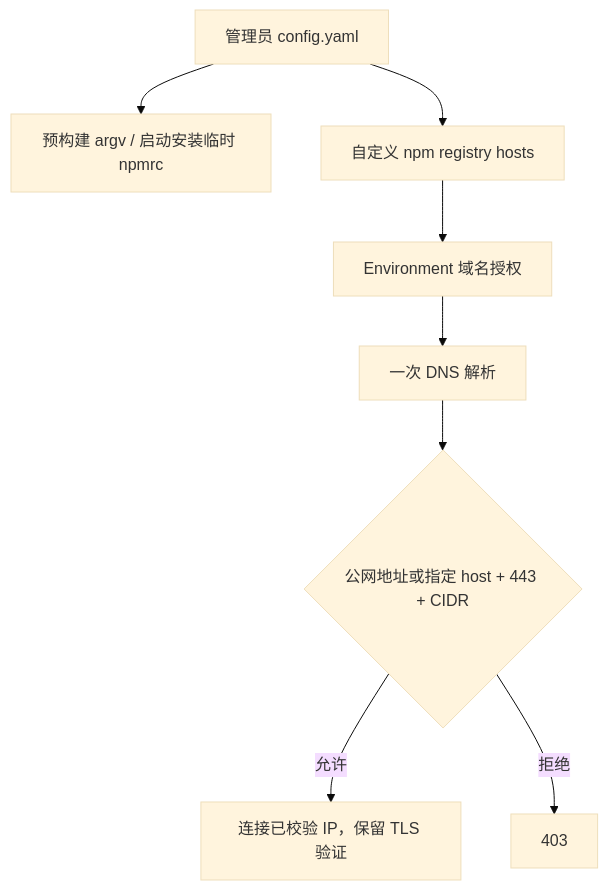
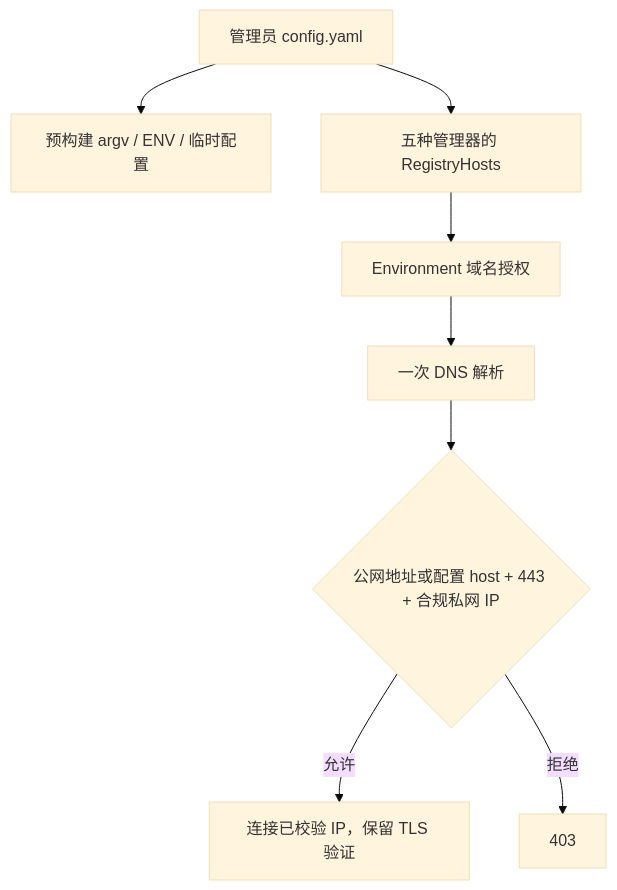
One commit to superduck-ai/open-managed-agents changed the first of 2 diagrams in docs/design/be/environment-package-provisioning.md. Above: the diagram before and after it, drawn with Mermaid (base theme). The commit also changed other lines of this file and 21 other files, not shown here.

````diff
--- a/docs/design/be/environment-package-provisioning.md
+++ b/docs/design/be/environment-package-provisioning.md
@@ -41,10 +59,10 @@
 ```mermaid
 flowchart TD
-    Config["管理员 config.yaml"] --> Install["预构建 argv / 启动安装临时 npmrc"]
-    Config --> Catalog["自定义 npm registry hosts"]
+    Config["管理员 config.yaml"] --> Install["预构建 argv / ENV / 临时配置"]
+    Config --> Catalog["五种管理器的 RegistryHosts"]
     Catalog --> Environment["Environment 域名授权"]
     Environment --> DNS["一次 DNS 解析"]
-    DNS --> Address{"公网地址或指定 host + 443 + CIDR"}
+    DNS --> Address{"公网地址或配置 host + 443 + 合规私网 IP"}
     Address -->|允许| Dial["连接已校验 IP，保留 TLS 验证"]
     Address -->|拒绝| Forbidden["403"]
 ```
````
